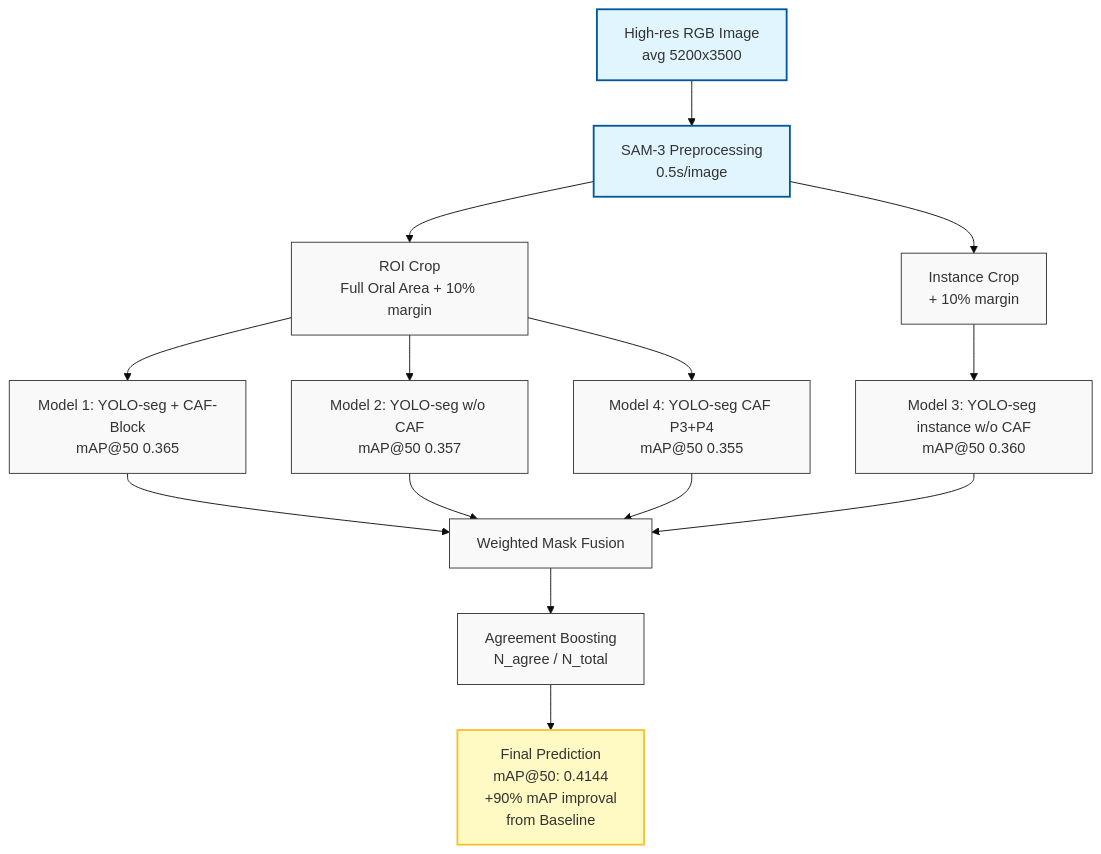
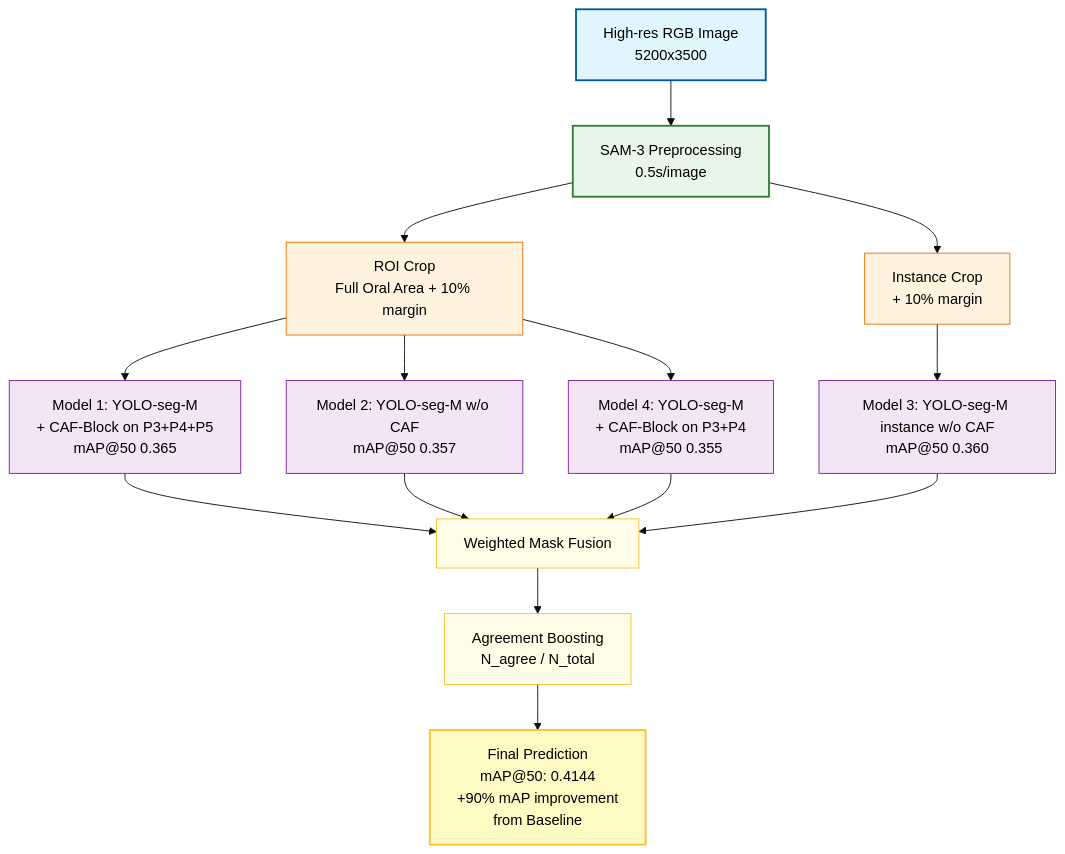
Before and after one commit to hyun-ko-DS/TeethSegmentation: the diagram in README.md, drawn with Mermaid (base theme). The commit also changed other lines of this file and 1 other file, not shown here.

````diff
--- a/README.md
+++ b/README.md
@@ -9,23 +22,42 @@
 ```mermaid
 graph TD
-    classDef default fill:#f9f9f9,stroke:#333,stroke-width:1px;
-    classDef highlight fill:#e1f5fe,stroke:#01579b,stroke-width:2px;
-    classDef winner fill:#fff9c4,stroke:#fbc02d,stroke-width:2px;
+    %% 1. Global Styles (Text black for readability)
+    classDef default fill:#f9f9f9,stroke:#333,stroke-width:1px,color:#000;
+    
+    %% 2. Level-specific Styles (Bright palette)
+    %% Level 1: Input - Light Blue
+    classDef lvl1 fill:#E1F5FE,stroke:#01579b,stroke-width:2px,color:#000;
+    %% Level 2: Preprocess - Light Green
+    classDef lvl2 fill:#E8F5E9,stroke:#2e7d32,stroke-width:2px,color:#000;
+    %% Level 3: Crop - Light Orange
+    classDef lvl3 fill:#FFF3E0,stroke:#ef6c00,stroke-width:1px,color:#000;
+    %% Level 4: Models - Light Purple
+    classDef lvl4 fill:#F3E5F5,stroke:#7b1fa2,stroke-width:1px,color:#000;
+    %% Level 5: Ensemble - Light Yellow
+    classDef lvl5 fill:#FFFDE7,stroke:#fbc02d,stroke-width:1px,color:#000;
+    %% Level 6: Final Result - Bright Yellow
+    classDef winner fill:#FFF9C4,stroke:#fbc02d,stroke-width:2px,color:#000;
 
-    A[High-res RGB Image<br/>avg 5200x3500] --> B[SAM-3 Preprocessing<br/>0.5s/image]
+    %% 3. Nodes Definition
+    A[High-res RGB Image<br/>5200x3500] --> B[SAM-3 Preprocessing<br/>0.5s/image]
     
     B --> C1[ROI Crop<br/>Full Oral Area + 10% margin]
     B --> C2[Instance Crop<br/> + 10% margin]
     
-    C1 --> D1[Model 1: YOLO-seg + CAF-Block<br/>mAP@50 0.365]
-    C1 --> D2[Model 2: YOLO-seg w/o CAF<br/>mAP@50 0.357]
-    C2 --> D3[Model 3: YOLO-seg instance w/o CAF<br/>mAP@50 0.360]
-    C1 --> D4[Model 4: YOLO-seg CAF P3+P4<br/>mAP@50 0.355]
+    C1 --> D1[Model 1: YOLO-seg-M <br/>+ CAF-Block on P3+P4+P5 <br/>mAP@50 0.365]
+    C1 --> D2[Model 2: YOLO-seg-M w/o CAF<br/>mAP@50 0.357]
+    C2 --> D3[Model 3: YOLO-seg-M instance w/o CAF<br/>mAP@50 0.360]
+    C1 --> D4[Model 4: YOLO-seg-M <br/>+ CAF-Block on P3+P4<br/>mAP@50 0.355]
     
-    D1 & D2 & D3 & D4 --> E[Weighted Mask Fusion<br/>]
+    D1 & D2 & D3 & D4 --> E[Weighted Mask Fusion]
     E --> F[Agreement Boosting<br/>N_agree / N_total]
-    F --> G[Final Prediction<br/>mAP@50: 0.4144 <br/> +90% mAP improval <br/> from Baseline]
+    F --> G[Final Prediction<br/>mAP@50: 0.4144<br/>+90% mAP improvement<br/>from Baseline]
 
-    class A,B highlight;
+    %% 4. Apply Styles per Level
+    class A lvl1;
+    class B lvl2;
+    class C1,C2 lvl3;
+    class D1,D2,D3,D4 lvl4;
+    class E,F lvl5;
     class G winner;
 ```
````
